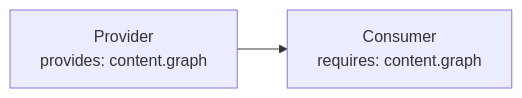
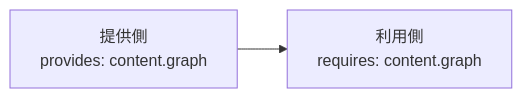
The first of 3 diagrams in docs/docs/framework/plugin-system/lifecycle.ja.md (Rerurate514/riebeckite), drawn with Mermaid before and after one commit. The commit also changed other lines of this file and 310 other files, not shown here.

````diff
--- a/docs/docs/framework/plugin-system/lifecycle.ja.md
+++ b/docs/docs/framework/plugin-system/lifecycle.ja.md
@@ -46,7 +44,7 @@
 ```mermaid id="ahm3ow"
 flowchart LR
-    Provider["Provider<br/>provides: content.graph"]
-    Consumer["Consumer<br/>requires: content.graph"]
+    Provider["提供側<br/>provides: content.graph"]
+    Consumer["利用側<br/>requires: content.graph"]
 
     Provider --> Consumer
 ```
````
